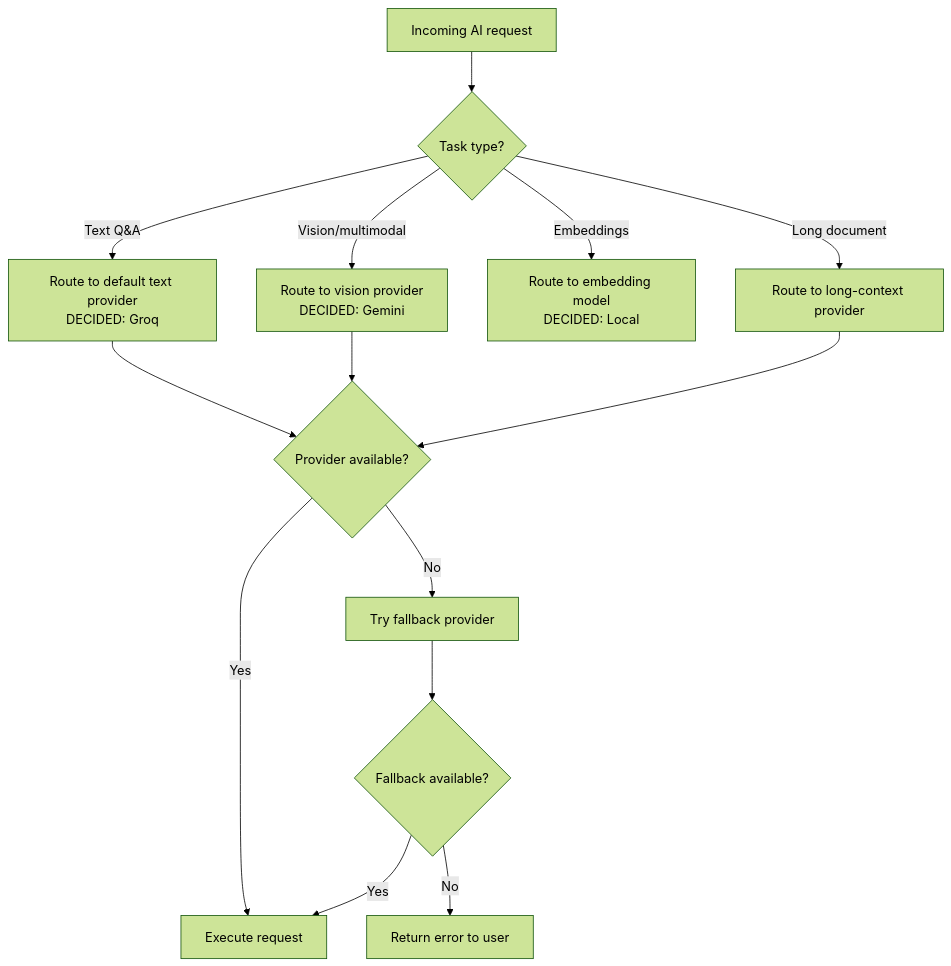
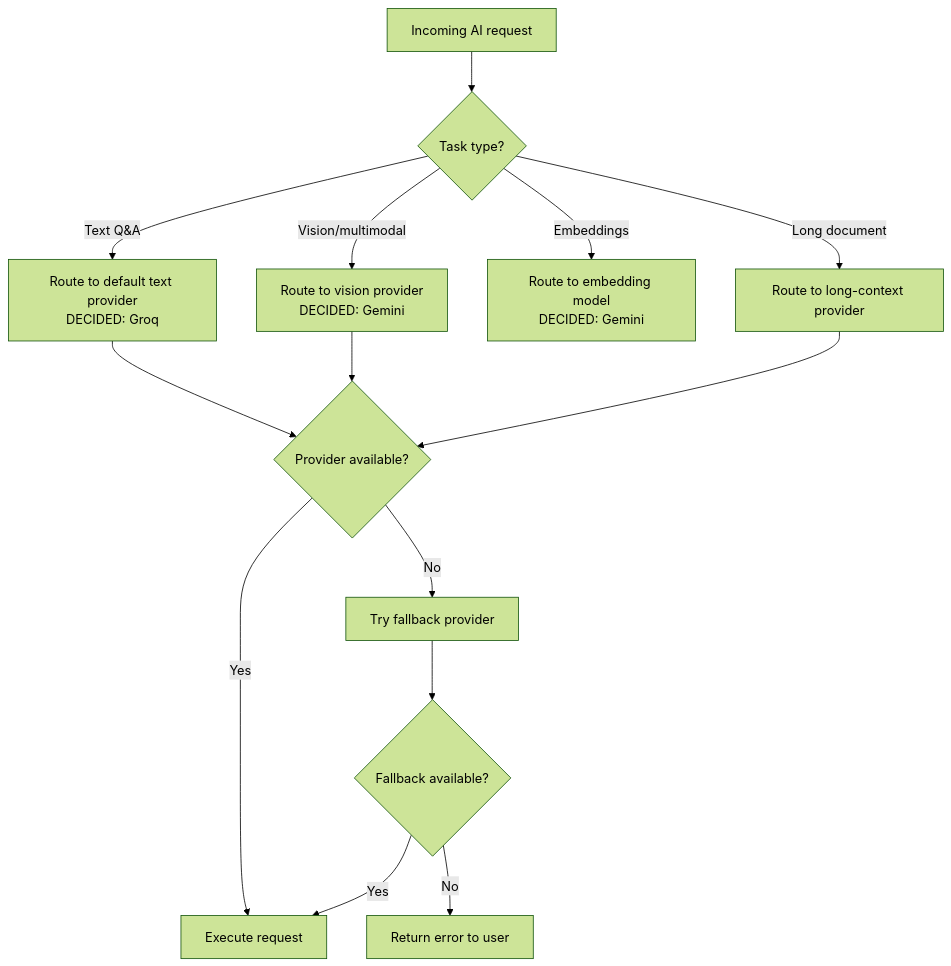
The second of 6 diagrams in AI_ARCHITECTURE.md (aryxn-builds/DocuMind-AI), drawn with Mermaid (forest theme) before and after one commit. The commit also changed other lines of this file and 5 other files, not shown here.

Commit message:
docs: update architecture docs to reflect gemini-embedding-2

````diff
--- a/AI_ARCHITECTURE.md
+++ b/AI_ARCHITECTURE.md
@@ -126,17 +126,17 @@
 ```mermaid
 flowchart TD
     A[Incoming AI request] --> B{Task type?}
     B -->|Text Q&A| C[Route to default text provider<br/>DECIDED: Groq]
     B -->|Vision/multimodal| D[Route to vision provider<br/>DECIDED: Gemini]
-    B -->|Embeddings| E[Route to embedding model<br/>DECIDED: Local]
+    B -->|Embeddings| E[Route to embedding model<br/>DECIDED: Gemini]
     B -->|Long document| F[Route to long-context provider]
 
     C --> G{Provider available?}
     D --> G
     F --> G
     G -->|Yes| H[Execute request]
     G -->|No| I[Try fallback provider]
     I --> J{Fallback available?}
     J -->|Yes| H
     J -->|No| K[Return error to user]
 ```
````
